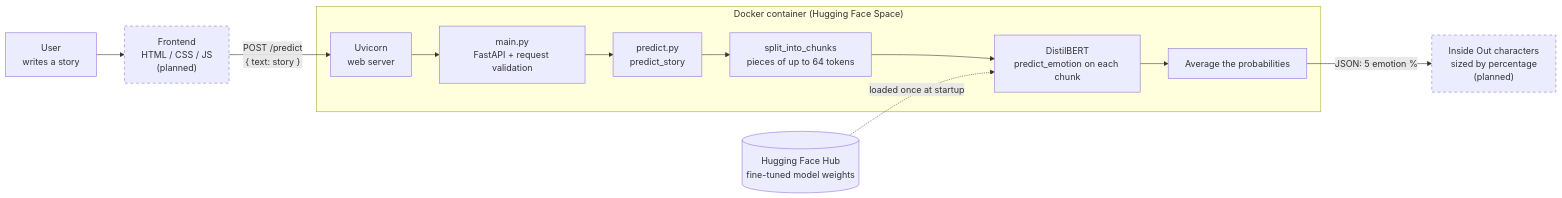
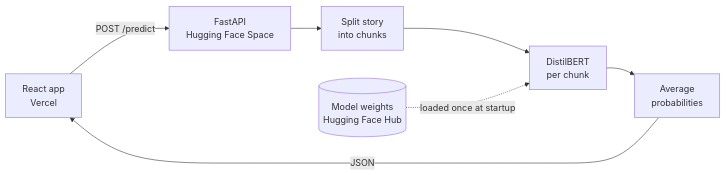
The diagram in README.md (tishasetia13/inside-out-emotion-classifier), drawn with Mermaid before and after one commit. The commit also changed other lines of this file, not shown here.

````diff
--- a/README.md
+++ b/README.md
@@ -4,19 +32,9 @@
 ```mermaid
 flowchart LR
-    User["User<br/>writes a story"] --> Frontend["Frontend<br/>HTML / CSS / JS<br/>(planned)"]
-    Frontend -- "POST /predict<br/>{ text: story }" --> Uvicorn
-
-    subgraph Docker["Docker container (Hugging Face Space)"]
-        Uvicorn["Uvicorn<br/>web server"] --> FastAPI["main.py<br/>FastAPI + request validation"]
-        FastAPI --> Predict["predict.py<br/>predict_story"]
-        Predict --> Chunk["split_into_chunks<br/>pieces of up to 64 tokens"]
-        Chunk --> Model["DistilBERT<br/>predict_emotion on each chunk"]
-        Model --> Avg["Average the probabilities"]
-    end
-
-    Hub[("Hugging Face Hub<br/>fine-tuned model weights")] -. "loaded once at startup" .-> Model
-    Avg -- "JSON: 5 emotion %" --> Characters["Inside Out characters<br/>sized by percentage<br/>(planned)"]
-
-    classDef planned stroke-dasharray: 5 5;
-    class Frontend,Characters planned;
+    A[React app<br/>Vercel] -->|POST /predict| B[FastAPI<br/>Hugging Face Space]
+    B --> C[Split story<br/>into chunks]
+    C --> D[DistilBERT<br/>per chunk]
+    D --> E[Average<br/>probabilities]
+    E -->|JSON| A
+    H[(Model weights<br/>Hugging Face Hub)] -.->|loaded once at startup| D
 ```
````
